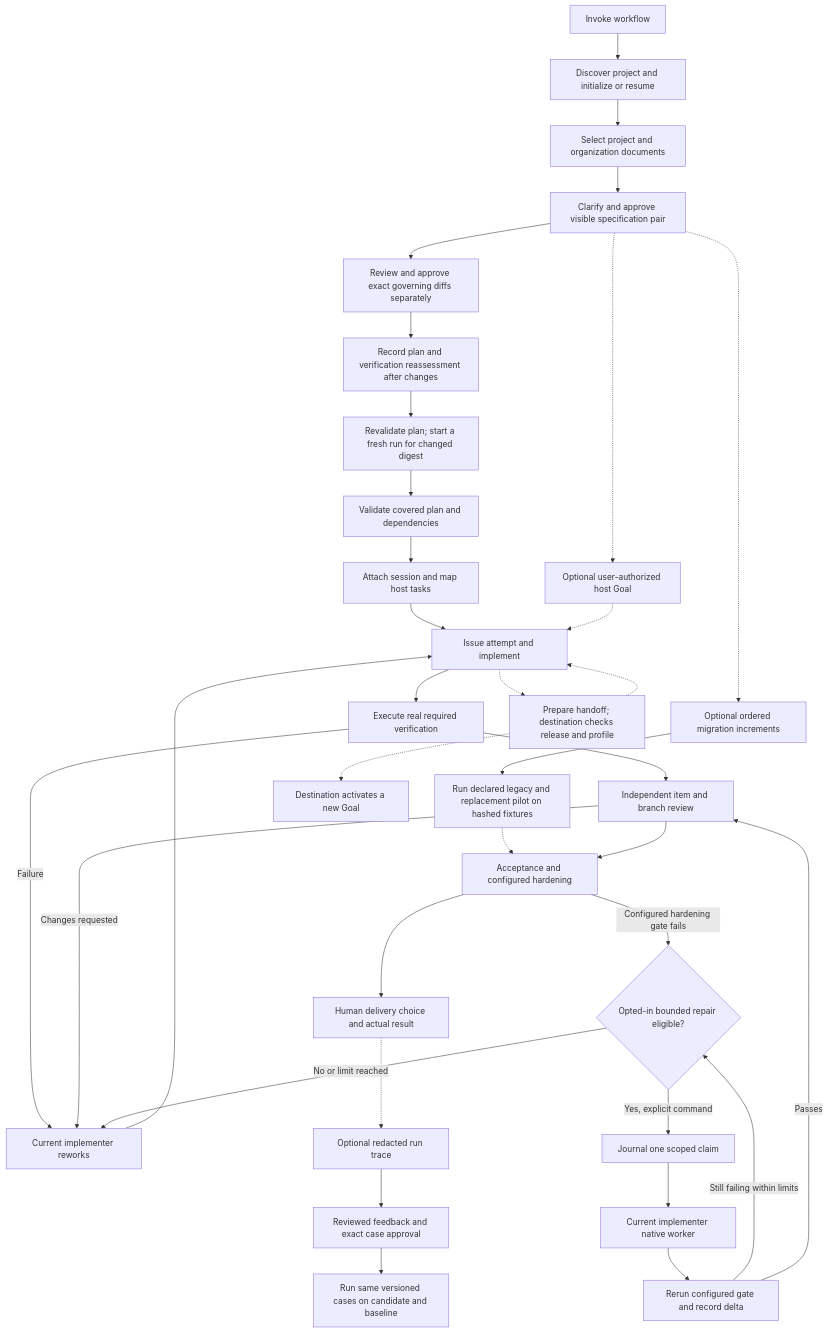
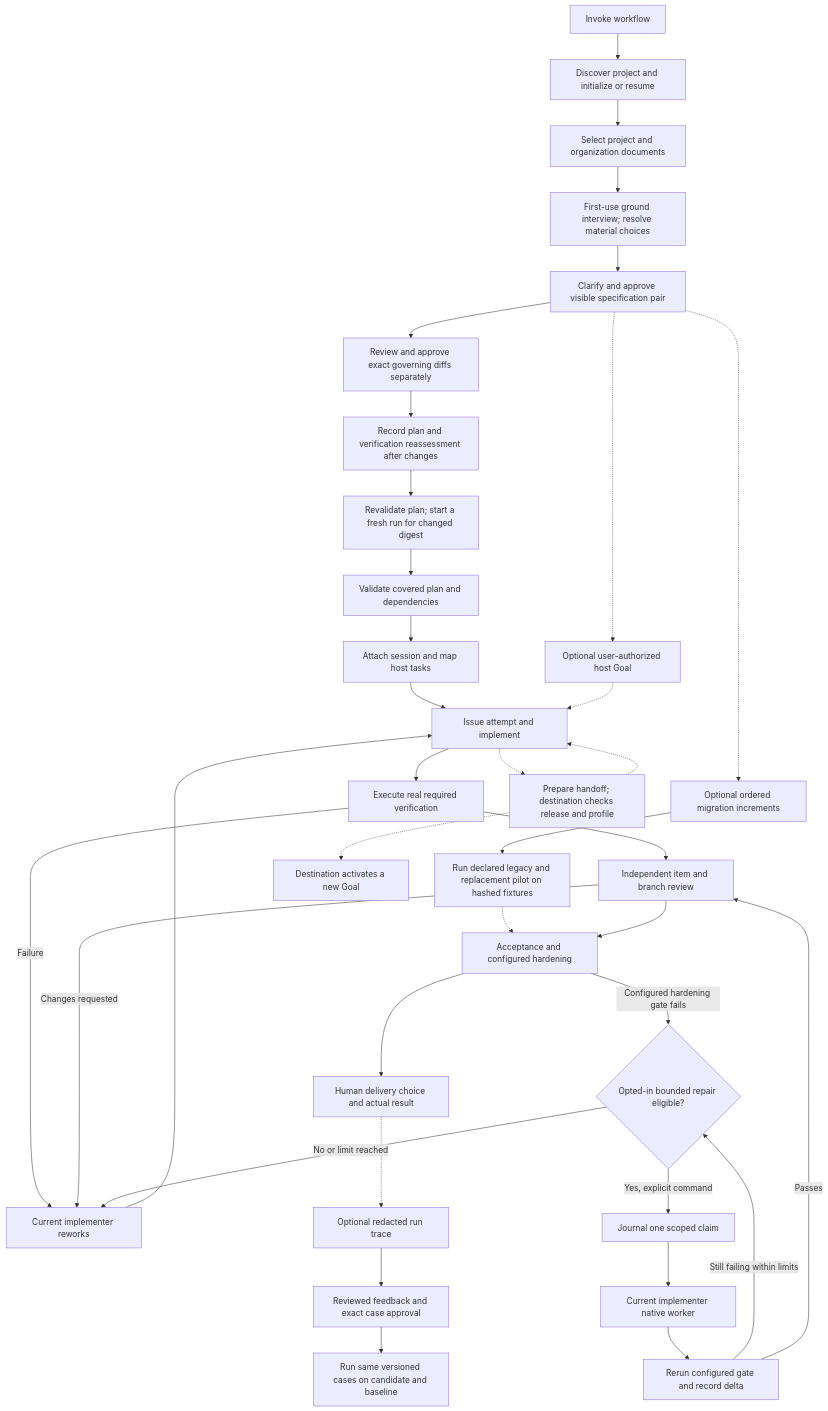
The first of 2 diagrams in docs/setup-and-usage.md (wgentil/devflow), drawn with Mermaid before and after one commit. The commit also changed other lines of this file and 19 other files, not shown here.

Commit message:
Add first-use ground interview checkpoint

````diff
--- a/docs/setup-and-usage.md
+++ b/docs/setup-and-usage.md
@@ -72,37 +86,38 @@
 ```mermaid
 flowchart TD
     Invoke[Invoke workflow] --> Init[Discover project and initialize or resume]
     Init --> Docs[Select project and organization documents]
-    Docs --> Spec[Clarify and approve visible specification pair]
+    Docs --> Ground[First-use ground interview; resolve material choices]
+    Ground --> Spec[Clarify and approve visible specification pair]
     Spec --> Policy[Review and approve exact governing diffs separately]
     Policy --> Impact[Record plan and verification reassessment after changes]
     Impact --> Fresh[Revalidate plan; start a fresh run for changed digest]
     Fresh --> Plan[Validate covered plan and dependencies]
     Spec -.-> Migration[Optional ordered migration increments]
     Migration --> Pilot[Run declared legacy and replacement pilot on hashed fixtures]
     Pilot -.-> Accept
     Plan --> Attach[Attach session and map host tasks]
     Attach --> Work[Issue attempt and implement]
     Work --> Proof[Execute real required verification]
     Proof --> Review[Independent item and branch review]
     Review --> Accept[Acceptance and configured hardening]
     Accept --> Deliver[Human delivery choice and actual result]
     Proof -->|Failure| Fix[Current implementer reworks]
     Review -->|Changes requested| Fix
     Accept -->|Configured hardening gate fails| Repair{Opted-in bounded repair eligible?}
     Repair -->|Yes, explicit command| Claim[Journal one scoped claim]
     Claim --> Worker[Current implementer native worker]
     Worker --> Recheck[Rerun configured gate and record delta]
     Recheck -->|Still failing within limits| Repair
     Recheck -->|Passes| Review
     Repair -->|No or limit reached| Fix
     Fix --> Work
     Work -.-> Transfer[Prepare handoff; destination checks release and profile]
     Transfer -.-> Work
     Spec -.-> Goal[Optional user-authorized host Goal]
     Goal -.-> Work
     Transfer -.-> NewGoal[Destination activates a new Goal]
     Deliver -.-> Trace[Optional redacted run trace]
     Trace --> Feedback[Reviewed feedback and exact case approval]
     Feedback --> Eval[Run same versioned cases on candidate and baseline]
 ```
````
